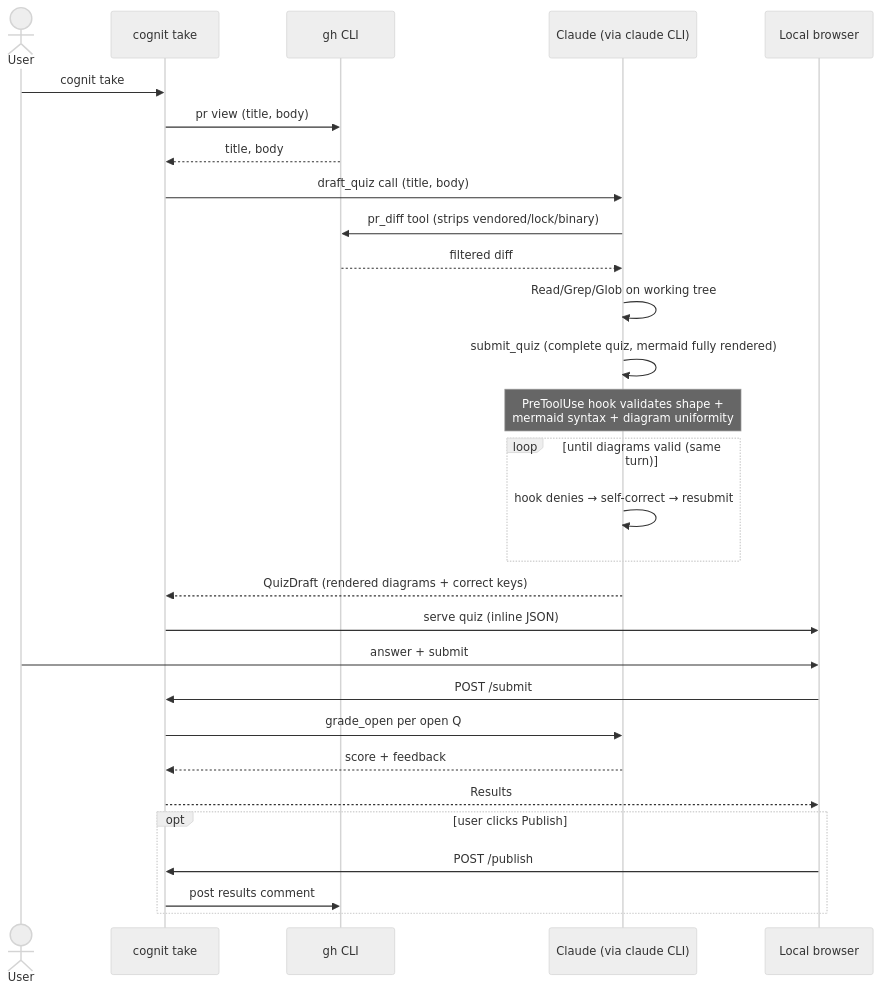
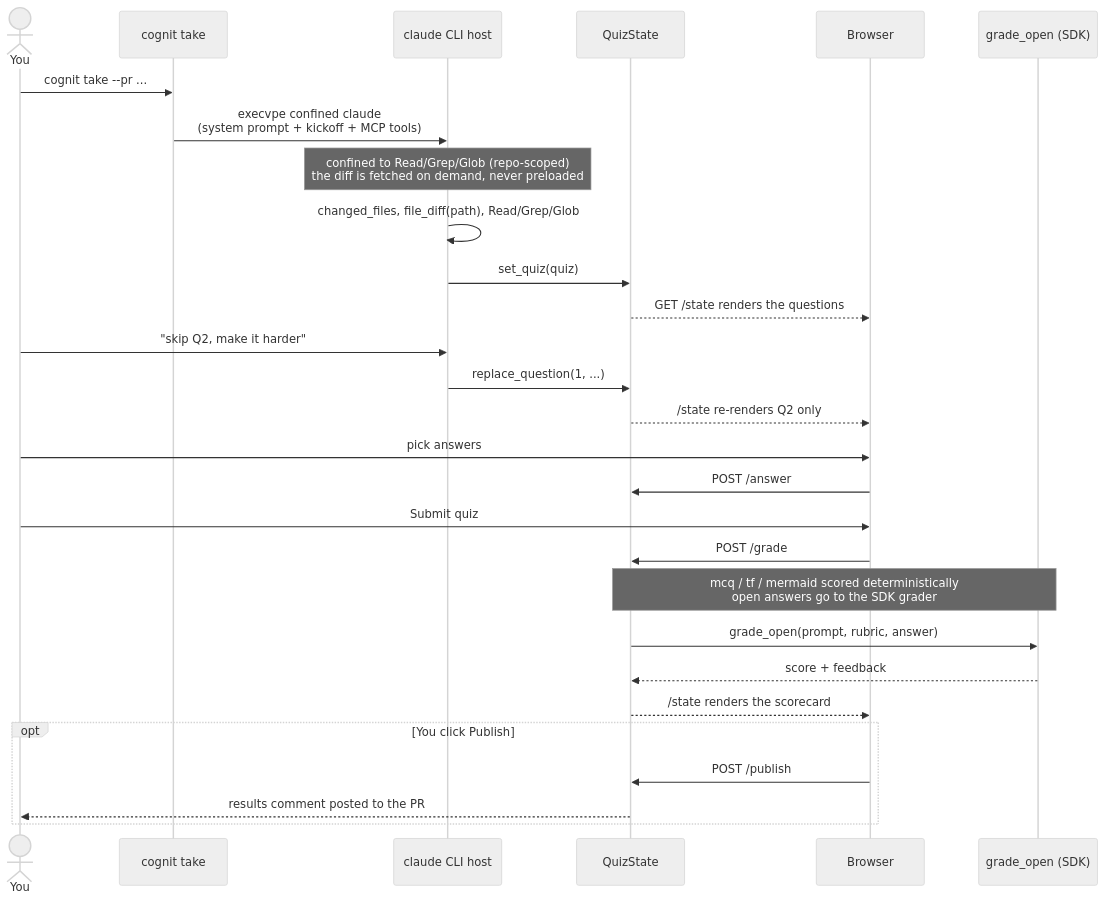
Before and after one commit to jonasbrami/cognit: the second of 3 diagrams in README.md, drawn with Mermaid (neutral theme). The commit also changed other lines of this file and 62 other files, not shown here.

First line of the commit message:
feat: interactive quizzes hosted on Claude Code (cognit MCP host model) (#23)

````diff
--- a/README.md
+++ b/README.md
@@ -72,32 +112,35 @@
 ```mermaid
 sequenceDiagram
-  actor User
-  participant CLI as cognit take
-  participant gh as gh CLI
-  participant Agent as Claude (via claude CLI)
-  participant Web as Local browser
+    actor You
+    participant CLI as cognit take
+    participant Host as claude CLI host
+    participant State as QuizState
+    participant Web as Browser
+    participant SDK as grade_open (SDK)
 
-  User->>CLI: cognit take
-  CLI->>gh: pr view (title, body)
-  gh-->>CLI: title, body
-  CLI->>Agent: draft_quiz call (title, body)
-  Agent->>gh: pr_diff tool (strips vendored/lock/binary)
-  gh-->>Agent: filtered diff
-  Agent->>Agent: Read/Grep/Glob on working tree
-  Agent->>Agent: submit_quiz (complete quiz, mermaid fully rendered)
-  Note over Agent: PreToolUse hook validates shape +<br/>mermaid syntax + diagram uniformity
-  loop until diagrams valid (same turn)
-    Agent->>Agent: hook denies → self-correct → resubmit
-  end
-  Agent-->>CLI: QuizDraft (rendered diagrams + correct keys)
-  CLI->>Web: serve quiz (inline JSON)
-  User->>Web: answer + submit
-  Web->>CLI: POST /submit
-  CLI->>Agent: grade_open per open Q
-  Agent-->>CLI: score + feedback
-  CLI-->>Web: Results
-  opt user clicks Publish
-    Web->>CLI: POST /publish
-    CLI->>gh: post results comment
-  end
+    You->>CLI: cognit take --pr ...
+    CLI->>Host: execvpe confined claude<br/>(system prompt + kickoff + MCP tools)
+    Note over Host: confined to Read/Grep/Glob (repo-scoped)<br/>the diff is fetched on demand, never preloaded
+    Host->>Host: changed_files, file_diff(path), Read/Grep/Glob
+    Host->>State: set_quiz(quiz)
+    State-->>Web: GET /state renders the questions
+
+    You->>Host: "skip Q2, make it harder"
+    Host->>State: replace_question(1, ...)
+    State-->>Web: /state re-renders Q2 only
+
+    You->>Web: pick answers
+    Web->>State: POST /answer
+
+    You->>Web: Submit quiz
+    Web->>State: POST /grade
+    Note over State,SDK: mcq / tf / mermaid scored deterministically<br/>open answers go to the SDK grader
+    State->>SDK: grade_open(prompt, rubric, answer)
+    SDK-->>State: score + feedback
+    State-->>Web: /state renders the scorecard
+
+    opt You click Publish
+        Web->>State: POST /publish
+        State-->>You: results comment posted to the PR
+    end
 ```
````
